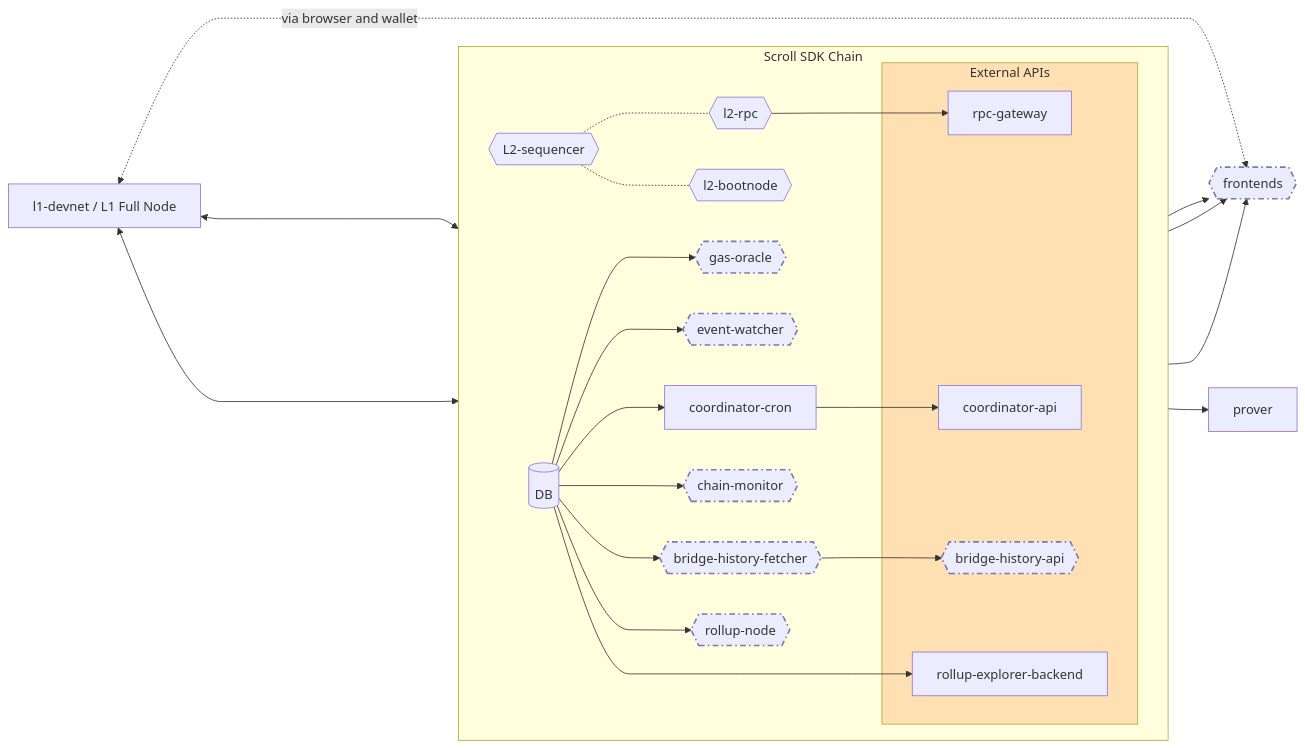
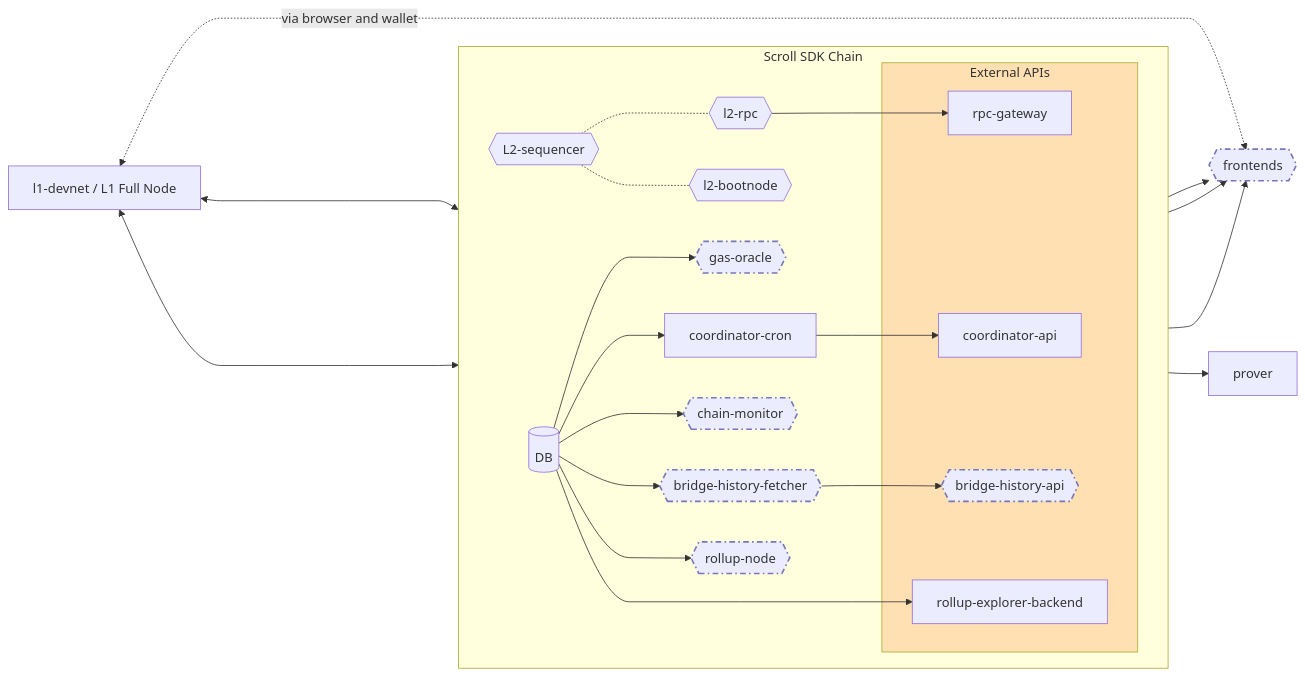
The second of 2 diagrams in src/content/docs/en/sdk/technical-stack/services.mdx (scroll-tech/scroll-documentation), drawn with Mermaid before and after one commit. The commit also changed other lines of this file, not shown here.

Commit message:
remove event watcher from communication diagram

````diff
--- a/src/content/docs/en/sdk/technical-stack/services.mdx
+++ b/src/content/docs/en/sdk/technical-stack/services.mdx
@@ -215,66 +215,64 @@
 ```mermaid
 %%{ init: { 'flowchart': { 'curve': 'monotoneX' } } }%%
 flowchart LR
 	L1[l1-devnet / L1 Full Node]
 
 	L1 <----> GO
 	L1 <----> RN
 	L1 <-.via browser and wallet.-> F
 
 	subgraph SSC["Scroll SDK Chain"]
 		direction LR
 
 		DB[(DB)]
 		L2{{L2-sequencer}}
 		RN{{rollup-node}}:::L2S
 		GO{{gas-oracle}}:::L2S
 
-		EW{{event-watcher}}:::L2S
 		CM{{chain-monitor}}:::L2S
 		BHF{{bridge-history-fetcher}}:::L2S
 		CC[coordinator-cron]
 
 		L2R{{l2-rpc}}
 		L2B{{l2-bootnode}}
 		L2 -.- L2R
 		L2 -.- L2B
 
 		DB --> GO
-		DB --> EW
 		DB --> CC
 		DB --> CM
 		DB --> BHF
 		DB --> RN
 		DB --> REB
 
 		CC --> CA
 		BHF --> BHA
 
 		subgraph EXT["External APIs"]
 			BHA{{bridge-history-api}}:::L2S
 			CA[coordinator-api]
 			REB[rollup-explorer-backend]
 			RG
 			BHA
 		end
 	end
 
 
 
 
 	L2R --> RG[rpc-gateway]
 
 
 
 	F{{frontends}}:::L2S
 	PR[prover]
 
 	BHA --> F
 	REB --> F
 	RG --> F
 	CA --> PR
 
 	classDef L2S stroke:#77b,stroke-width:2px,stroke-dasharray: 7 4 2 4
 	style EXT fill:#FFE0B2
     
 ```
````
